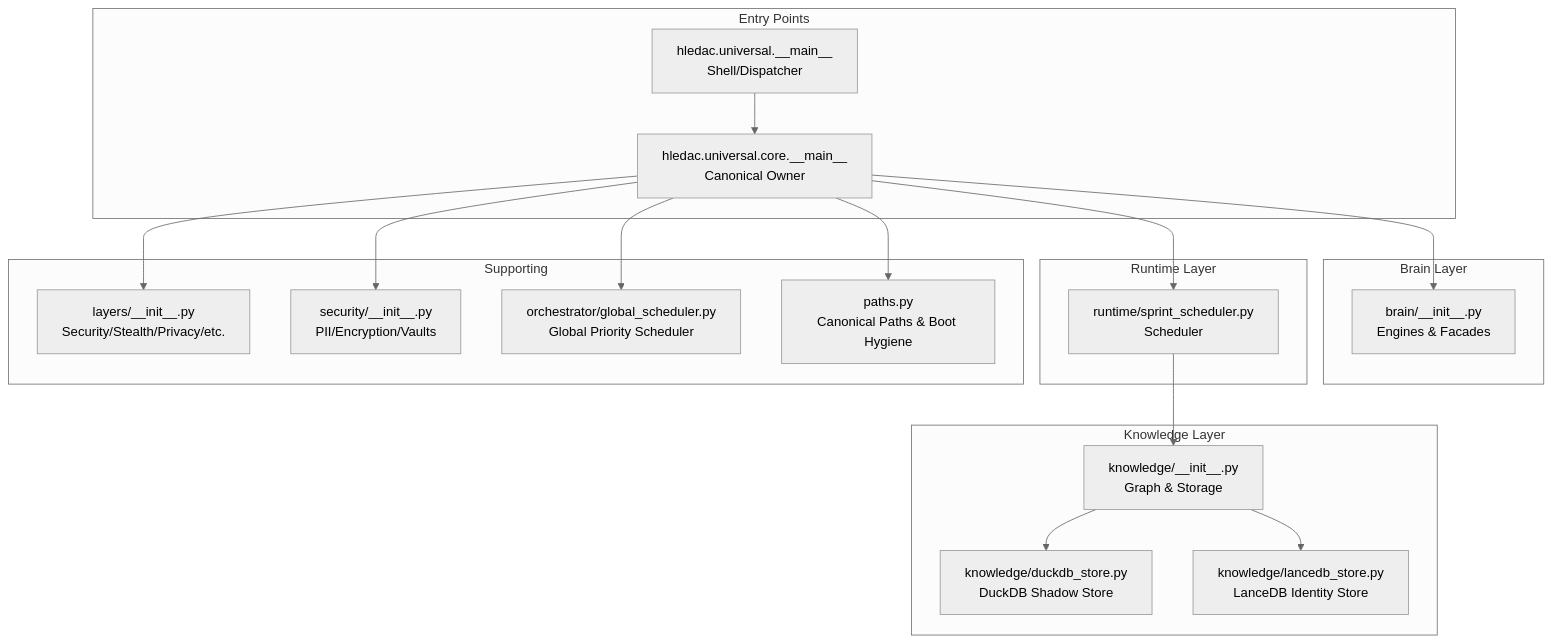
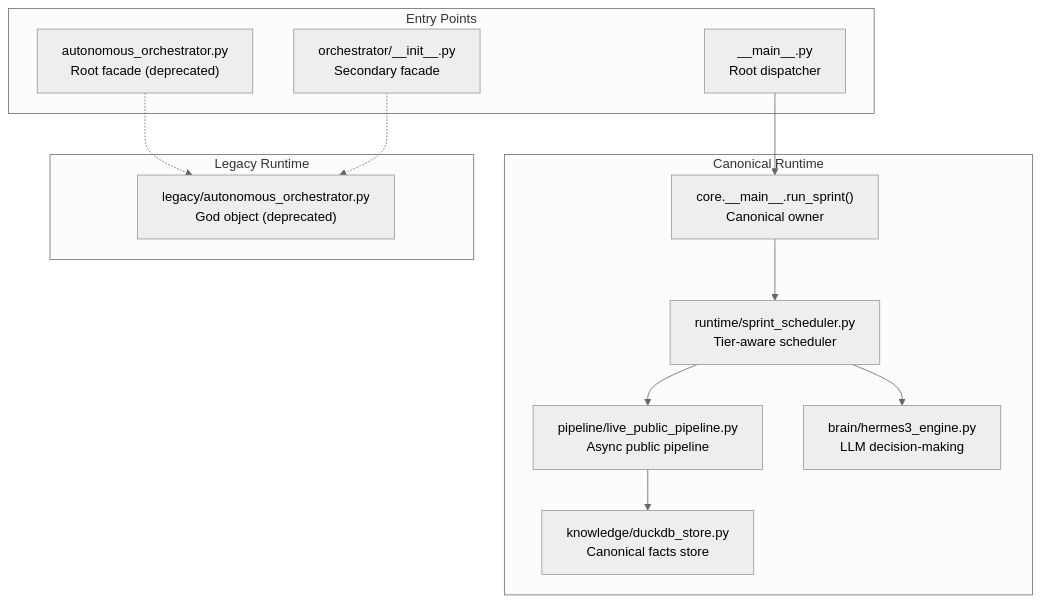
One commit to Hamulda/hledac-universal changed the second of 10 diagrams in .qoder/repowiki/en/content/Project Overview/Architecture Overview.md. Above: the diagram before and after it, drawn with Mermaid (neutral theme). The commit also changed other lines of this file and 236 other files, not shown here.

Commit message:
feat: F234 prelive gate, acquisition strategy and sprint scheduler improvements

````diff
--- a/.qoder/repowiki/en/content/Project Overview/Architecture Overview.md
+++ b/.qoder/repowiki/en/content/Project Overview/Architecture Overview.md
@@ -46,34 +123,25 @@
 ```mermaid
-graph TB
+flowchart TB
 subgraph "Entry Points"
-A["hledac.universal.__main__<br/>Shell/Dispatcher"]
-B["hledac.universal.core.__main__<br/>Canonical Owner"]
+MAIN["__main__.py<br/>Root dispatcher"]
+FACADE["autonomous_orchestrator.py<br/>Root facade (deprecated)"]
+ORCH_INIT["orchestrator/__init__.py<br/>Secondary facade"]
 end
-subgraph "Brain Layer"
-C["brain/__init__.py<br/>Engines & Facades"]
+subgraph "Canonical Runtime"
+OWNER["core.__main__.run_sprint()<br/>Canonical owner"]
+SCHED["runtime/sprint_scheduler.py<br/>Tier-aware scheduler"]
+PIPE["pipeline/live_public_pipeline.py<br/>Async public pipeline"]
+DUCKDB["knowledge/duckdb_store.py<br/>Canonical facts store"]
+BRAIN["brain/hermes3_engine.py<br/>LLM decision-making"]
 end
-subgraph "Knowledge Layer"
-D["knowledge/__init__.py<br/>Graph & Storage"]
-E["knowledge/duckdb_store.py<br/>DuckDB Shadow Store"]
-F["knowledge/lancedb_store.py<br/>LanceDB Identity Store"]
+subgraph "Legacy Runtime"
+LEGACY["legacy/autonomous_orchestrator.py<br/>God object (deprecated)"]
 end
-subgraph "Runtime Layer"
-G["runtime/sprint_scheduler.py<br/>Scheduler"]
-end
-subgraph "Supporting"
-H["layers/__init__.py<br/>Security/Stealth/Privacy/etc."]
-I["security/__init__.py<br/>PII/Encryption/Vaults"]
-J["orchestrator/global_scheduler.py<br/>Global Priority Scheduler"]
-K["paths.py<br/>Canonical Paths & Boot Hygiene"]
-end
-A --> B
-B --> G
-G --> D
-D --> E
-D --> F
-B --> C
-B --> H
-B --> I
-B --> J
-B --> K
+MAIN --> OWNER
+OWNER --> SCHED
+SCHED --> PIPE
+PIPE --> DUCKDB
+SCHED --> BRAIN
+FACADE -.-> LEGACY
+ORCH_INIT -.-> LEGACY
 ```
````
